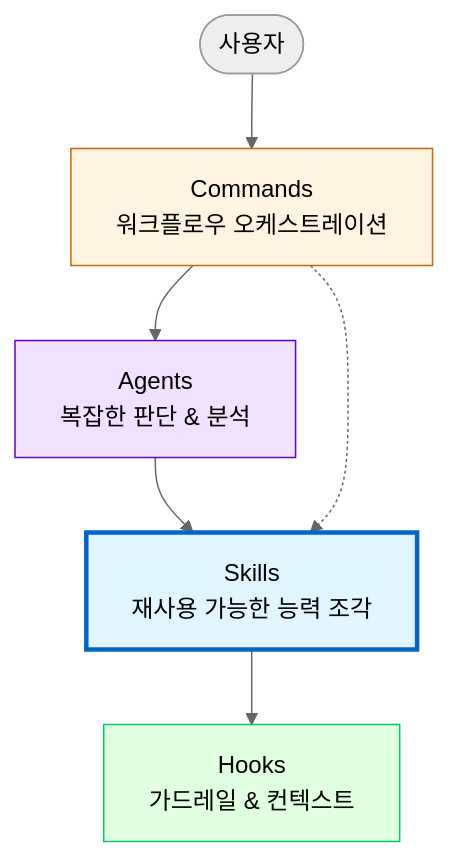
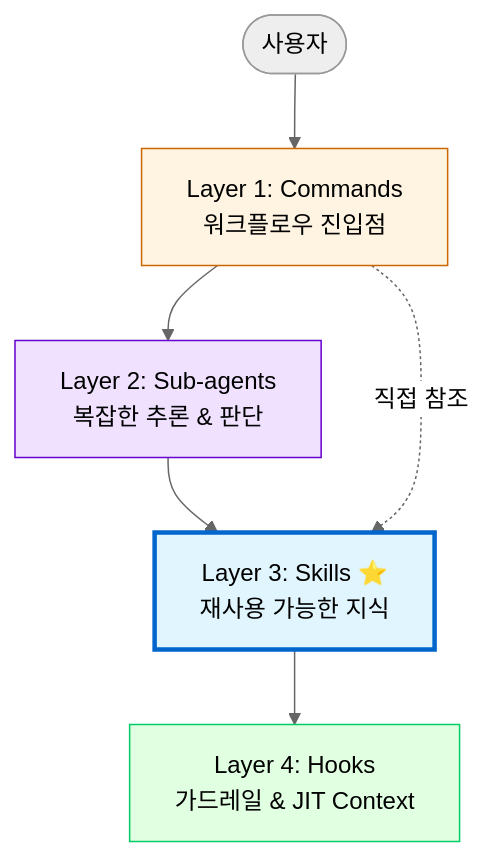
One commit to modu-ai/moai-adk changed the eighth of 8 diagrams in README.md. Above: the diagram before and after it, drawn with Mermaid. The commit also changed other lines of this file and 28 other files, not shown here.

First line of the commit message:
📝 DOCS: Sub-agents AskUserQuestion 섹션 추가

````diff
--- a/README.md
+++ b/README.md
@@ -682,15 +699,15 @@
 ```mermaid
 %%{init: {'theme':'neutral'}}%%
 graph TD
-    User([사용자]) --> Commands[Commands<br/>워크플로우 오케스트레이션]
-    Commands --> Agents[Agents<br/>복잡한 판단 & 분석]
-    Agents --> Skills[Skills<br/>재사용 가능한 능력 조각]
-    Skills --> Hooks[Hooks<br/>가드레일 & 컨텍스트]
+    User([사용자]) --> L1[Layer 1: Commands<br/>워크플로우 진입점]
+    L1 --> L2[Layer 2: Sub-agents<br/>복잡한 추론 & 판단]
+    L2 --> L3[Layer 3: Skills ⭐<br/>재사용 가능한 지식]
+    L3 --> L4[Layer 4: Hooks<br/>가드레일 & JIT Context]
 
-    Commands -.-> Skills
+    L1 -.직접 참조.-> L3
 
-    style Skills fill:#e1f5ff,stroke:#0066cc,stroke-width:3px
-    style Commands fill:#fff4e1,stroke:#cc6600
-    style Agents fill:#f0e1ff,stroke:#6600cc
-    style Hooks fill:#e1ffe1,stroke:#00cc66
+    style L3 fill:#e1f5ff,stroke:#0066cc,stroke-width:3px
+    style L1 fill:#fff4e1,stroke:#cc6600
+    style L2 fill:#f0e1ff,stroke:#6600cc
+    style L4 fill:#e1ffe1,stroke:#00cc66
 ```
````
